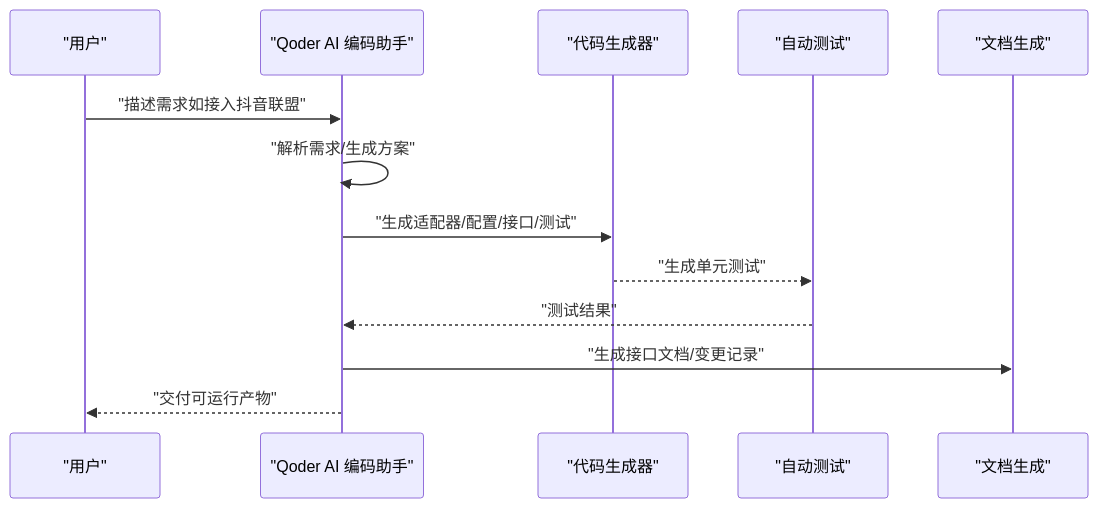
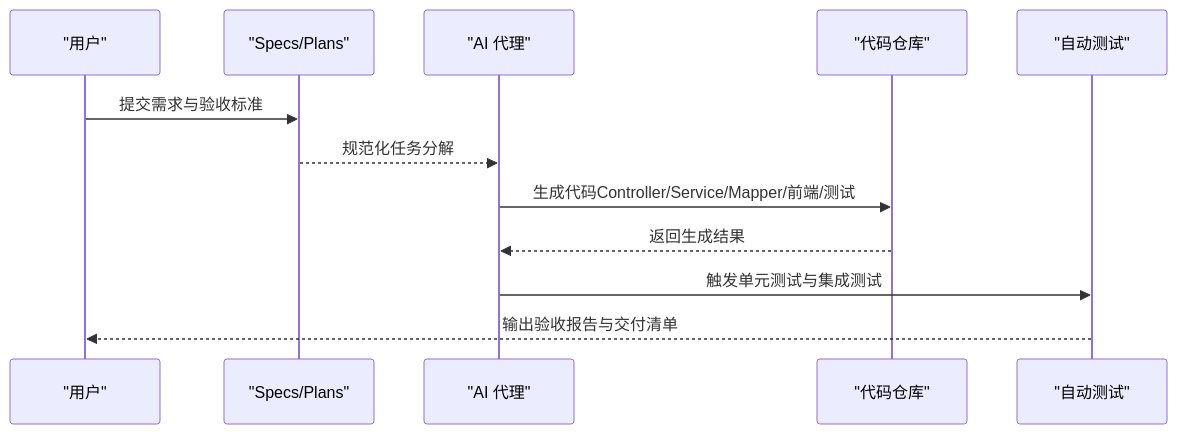
The third of 6 diagrams in .qoder/repowiki/zh/content/项目概述/项目概述.md (zhuangpengLI/AgenticCPS), drawn with Mermaid before and after one commit. The commit also changed other lines of this file and 355 other files, not shown here.

````diff
--- a/.qoder/repowiki/zh/content/项目概述/项目概述.md
+++ b/.qoder/repowiki/zh/content/项目概述/项目概述.md
@@ -147,15 +151,14 @@
 ```mermaid
 sequenceDiagram
 participant User as "用户"
-participant AI as "Qoder AI 编码助手"
-participant Gen as "代码生成器"
-participant Test as "自动测试"
-participant Doc as "文档生成"
-User->>AI : "描述需求如接入抖音联盟"
-AI->>AI : "解析需求/生成方案"
-AI->>Gen : "生成适配器/配置/接口/测试"
-Gen-->>Test : "生成单元测试"
-Test-->>AI : "测试结果"
-AI->>Doc : "生成接口文档/变更记录"
-AI-->>User : "交付可运行产物"
+participant Specs as "Specs/Plans"
+participant Agent as "AI 代理"
+participant Repo as "代码仓库"
+participant CI as "自动测试"
+User->>Specs : 提交需求与验收标准
+Specs-->>Agent : 规范化任务分解
+Agent->>Repo : 生成代码Controller/Service/Mapper/前端/测试
+Repo-->>Agent : 返回生成结果
+Agent->>CI : 触发单元测试与集成测试
+CI-->>User : 输出验收报告与交付清单
 ```
````
